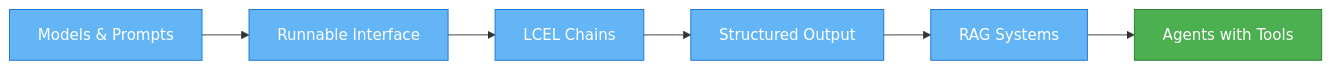
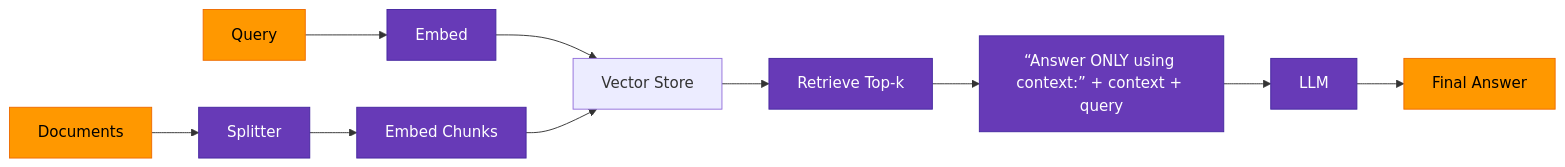
The first of 2 diagrams in README.md (ayushsyntax/LangChain_Journey), drawn with Mermaid before and after one commit. The commit also changed other lines of this file, not shown here.

````diff
--- a/README.md
+++ b/README.md
@@ -28,15 +77,18 @@
 ```mermaid
 flowchart LR
-    A[Models & Prompts] --> B[Runnable Interface]
-    B --> C[LCEL Chains]
-    C --> D[Structured Output]
-    D --> E[RAG Systems]
-    E --> F[Agents with Tools]
+    Q[Query] --> E[Embed]
+    Docs[Documents] --> S[Splitter]
+    S --> E2[Embed Chunks]
+    E --> VS[Vector Store]
+    E2 --> VS
+    VS --> R[Retrieve Top-k]
+    R --> Aug[“Answer ONLY using context:” + context + query]
+    Aug --> LLM
+    LLM --> Ans[Final Answer]
     
-    classDef phase fill:#64B5F6,stroke:#1976D2,color:white
-    classDef current fill:#4CAF50,stroke:#2E7D32,color:white
-    classDef future fill:#FFB74D,stroke:#F57C00,color:black
+    classDef process fill:#673AB7,stroke:#4527A0,color:white
+    classDef data fill:#FF9800,stroke:#EF6C00,color:black
     
-    class A,B,C,D,E phase
-    class F current
+    class E,S,E2,R,Aug,LLM process
+    class Docs,Q,Ans data
 ```
````
